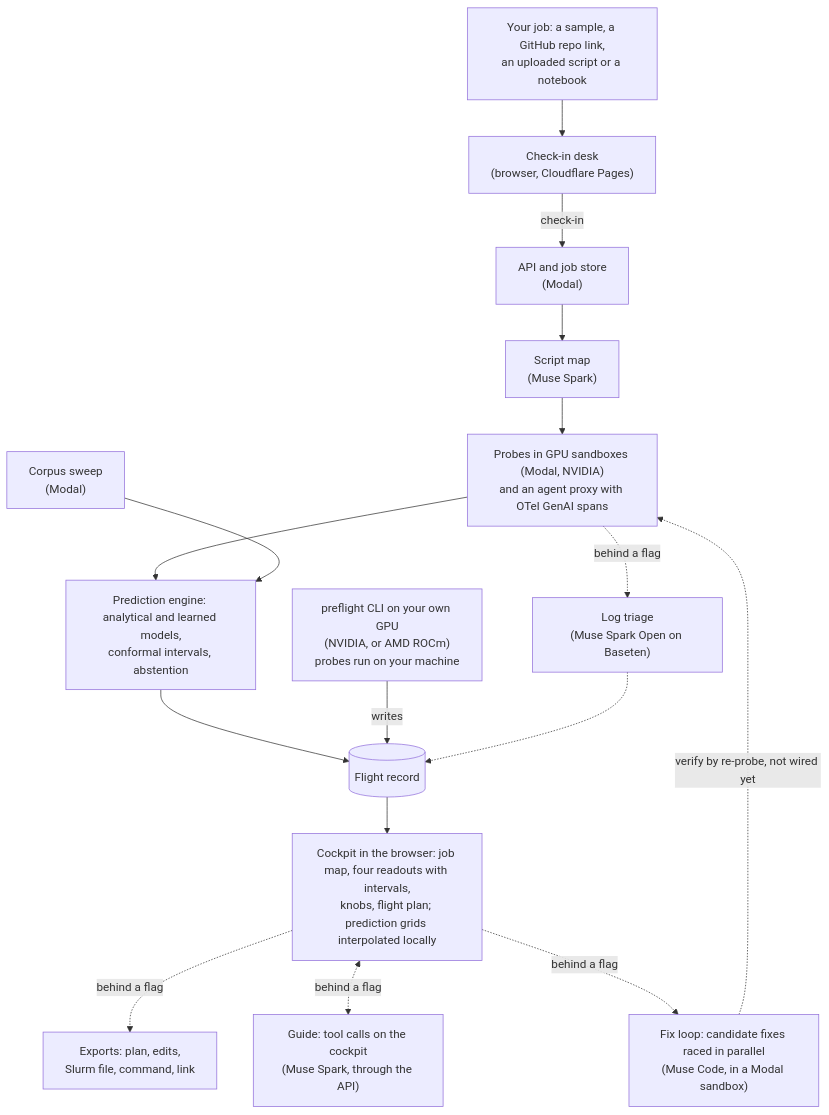
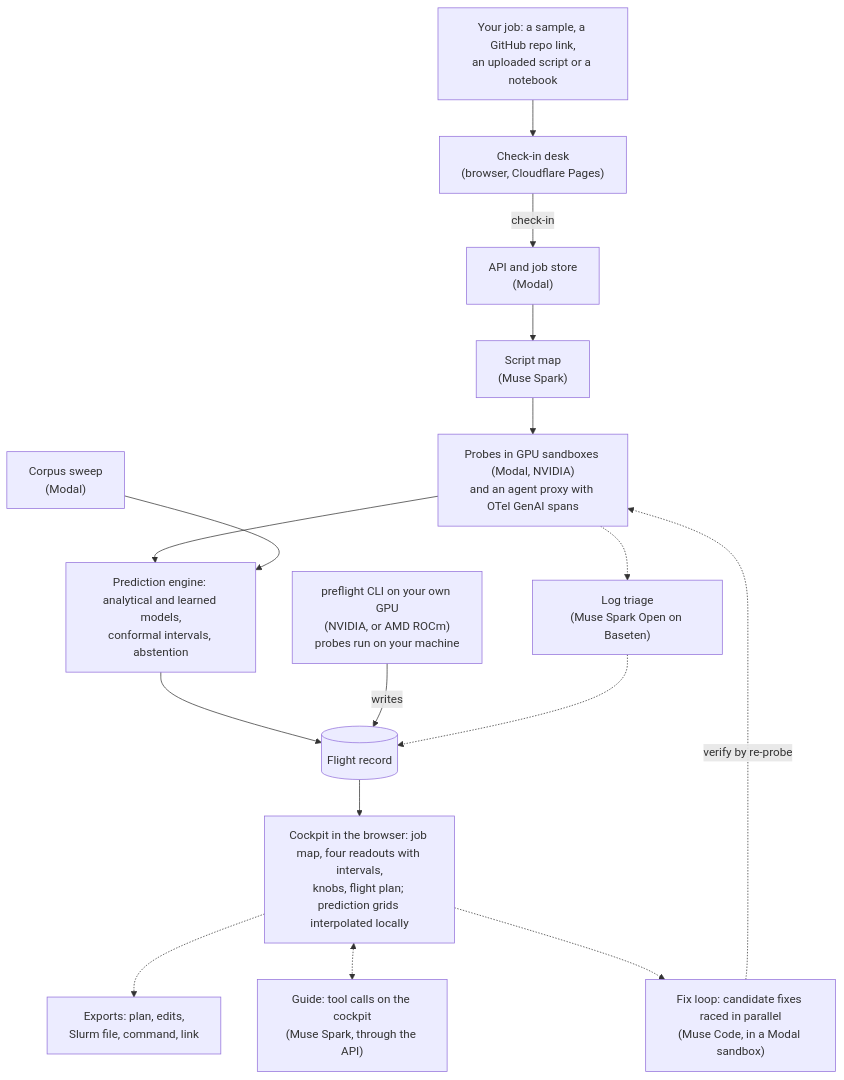
One commit to uchuuronin/preflight changed the diagram in README.md. Above: the diagram before and after it, drawn with Mermaid. The commit also changed other lines of this file, not shown here.

````diff
--- a/README.md
+++ b/README.md
@@ -108,27 +108,27 @@
 ```mermaid
 flowchart TB
 	IN["Your job: a sample, a GitHub repo link,<br/>an uploaded script or a notebook"]
 	CLI["preflight CLI on your own GPU<br/>(NVIDIA, or AMD ROCm)<br/>probes run on your machine"]
 	CK["Check-in desk<br/>(browser, Cloudflare Pages)"]
 	API["API and job store<br/>(Modal)"]
 	MAP["Script map<br/>(Muse Spark)"]
 	PRB["Probes in GPU sandboxes (Modal, NVIDIA)<br/>and an agent proxy with OTel GenAI spans"]
 	CORPUS["Corpus sweep<br/>(Modal)"]
 	ENG["Prediction engine: analytical and learned models,<br/>conformal intervals, abstention"]
 	REC[("Flight record")]
 	COCK["Cockpit in the browser: job map, four readouts with intervals,<br/>knobs, flight plan; prediction grids interpolated locally"]
 	EXP["Exports: plan, edits,<br/>Slurm file, command, link"]
 	GUIDE["Guide: tool calls on the cockpit<br/>(Muse Spark, through the API)"]
 	FIX["Fix loop: candidate fixes raced in parallel<br/>(Muse Code, in a Modal sandbox)"]
 	TRI["Log triage<br/>(Muse Spark Open on Baseten)"]
 
 	IN --> CK
 	CK -->|"check-in"| API
 	API --> MAP --> PRB --> ENG --> REC --> COCK
-	COCK -.->|"behind a flag"| EXP
+	COCK -.-> EXP
 	CLI -->|"writes"| REC
 	CORPUS --> ENG
-	COCK <-.->|"behind a flag"| GUIDE
-	COCK -.->|"behind a flag"| FIX -.->|"verify by re-probe, not wired yet"| PRB
-	PRB -.->|"behind a flag"| TRI -.-> REC
+	COCK <-.-> GUIDE
+	COCK -.-> FIX -.->|"verify by re-probe"| PRB
+	PRB -.-> TRI -.-> REC
 ```
````
